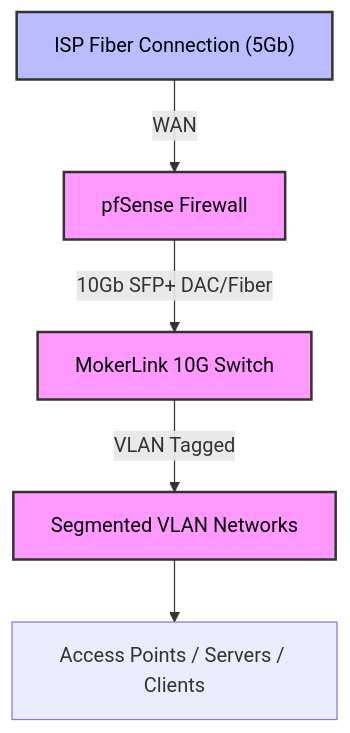
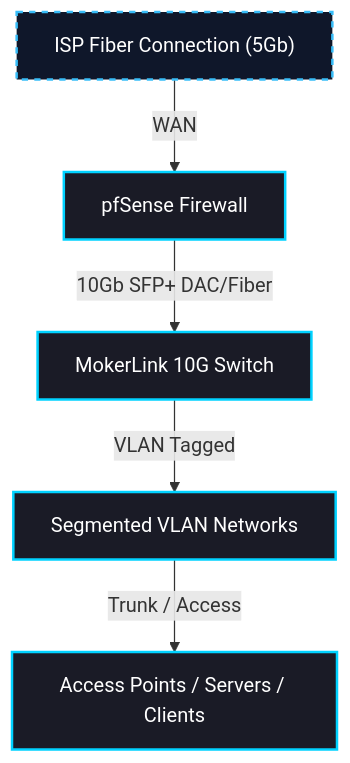
One commit to gurvinny/home-network-lab changed the first of 2 diagrams in README.md. Above: the diagram before and after it, drawn with Mermaid. The commit also changed other lines of this file and 5 other files, not shown here.

First line of the commit message:
docs: reorganize repo and apply cyber sec grey blue theme

````diff
--- a/README.md
+++ b/README.md
@@ -30,14 +30,11 @@
 ```mermaid
 graph TD
-    %% Styling
-    classDef hardware fill:#f9f,stroke:#333,stroke-width:2px,color:black;
-    classDef cloud fill:#bbf,stroke:#333,stroke-width:2px,color:black;
+    %% Cyber Sec Grey/Blue Theme Styling
+    classDef hardware fill:#1a1b26,stroke:#00d2ff,stroke-width:2px,color:#ffffff;
+    classDef cloud fill:#0f172a,stroke:#38bdf8,stroke-width:2px,color:#ffffff,stroke-dasharray: 5 5;
 
-    ISP["ISP Fiber Connection (5Gb)"] -->|WAN| FW["pfSense Firewall"]
-    FW -->|10Gb SFP+ DAC/Fiber| SW["MokerLink 10G Switch"]
-    SW -->|VLAN Tagged| VLANs["Segmented VLAN Networks"]
-    VLANs --> Clients["Access Points / Servers / Clients"]
-
-    class ISP cloud;
-    class FW,SW,VLANs hardware;
+    ISP["ISP Fiber Connection (5Gb)"]:::cloud -->|"WAN"| FW["pfSense Firewall"]:::hardware
+    FW -->|"10Gb SFP+ DAC/Fiber"| SW["MokerLink 10G Switch"]:::hardware
+    SW -->|"VLAN Tagged"| VLANs["Segmented VLAN Networks"]:::hardware
+    VLANs -->|"Trunk / Access"| Clients["Access Points / Servers / Clients"]:::hardware
 ```
````
